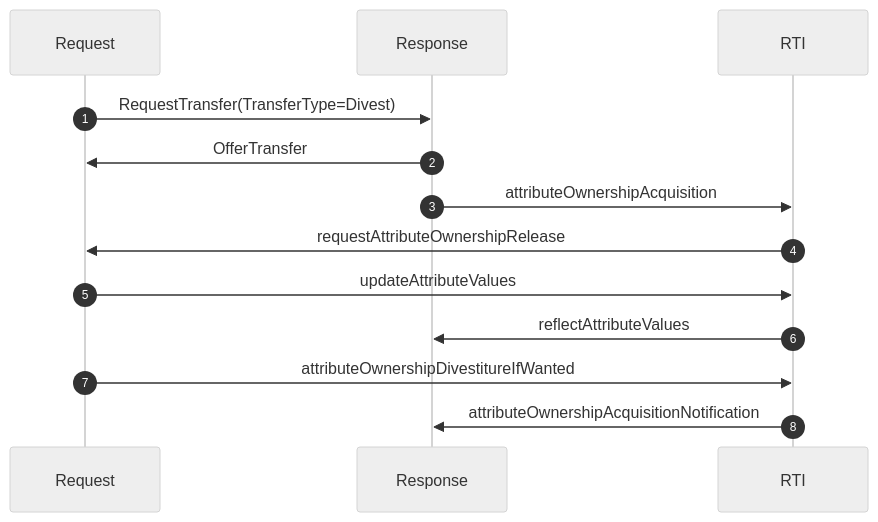
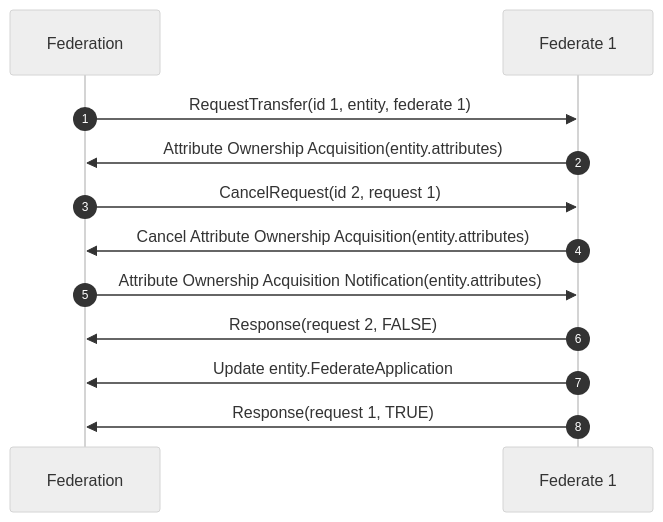
The sixth of 8 diagrams in NETN-TMR.md (AMSP-04/NETN-TMR), drawn with Mermaid (neutral theme) before and after one commit. The commit also changed other lines of this file and 3 other files, not shown here.

````diff
--- a/NETN-TMR.md
+++ b/NETN-TMR.md
@@ -119,16 +170,14 @@
 ``` mermaid 
  
-sequenceDiagram 
+sequenceDiagram
 autonumber
- 
-Request ->> Response:RequestTransfer(TransferType=Divest) 
-Response->>Request:OfferTransfer 
- 
-Response->> RTI:attributeOwnershipAcquisition 
-RTI->>Request:requestAttributeOwnershipRelease 
-Request->>RTI:updateAttributeValues 
-RTI->>Response:reflectAttributeValues 
-Request->>RTI:attributeOwnershipDivestitureIfWanted 
-RTI->>Response:attributeOwnershipAcquisitionNotification 
- 
+Federation ->>Federate 1:RequestTransfer(id 1, entity, federate 1) 
+Federate 1->>Federation:Attribute Ownership Acquisition(entity.attributes) 
+Federation->>Federate 1:CancelRequest(id 2, request 1) 
+Federate 1->>Federation:Cancel Attribute Ownership Acquisition(entity.attributes) 
+Federation->>Federate 1:Attribute Ownership Acquisition Notification(entity.attributes) 
+Federate 1->>Federation:Response(request 2, FALSE)
+Federate 1->>Federation:Update entity.FederateApplication 
+Federate 1->>Federation:Response(request 1, TRUE) 
+
 ``` 
````
